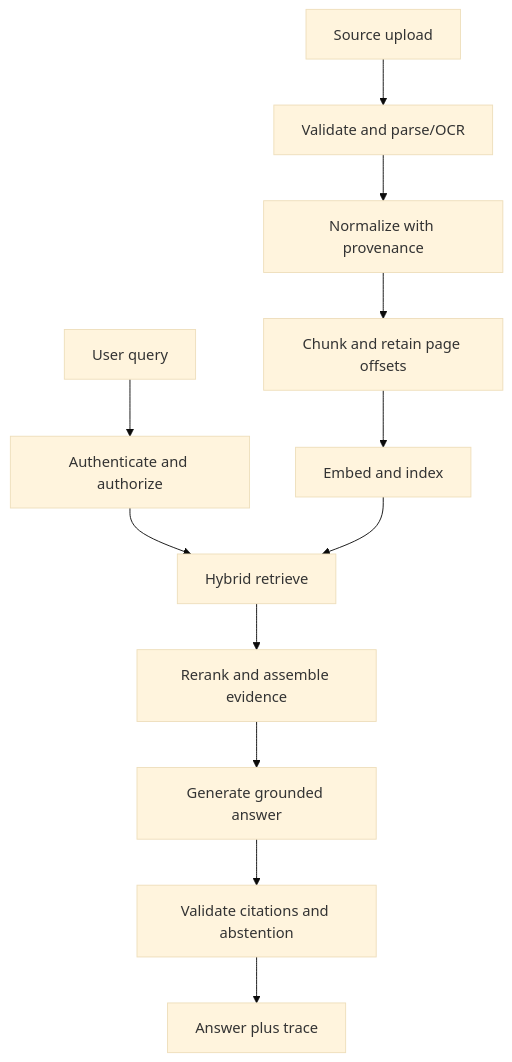
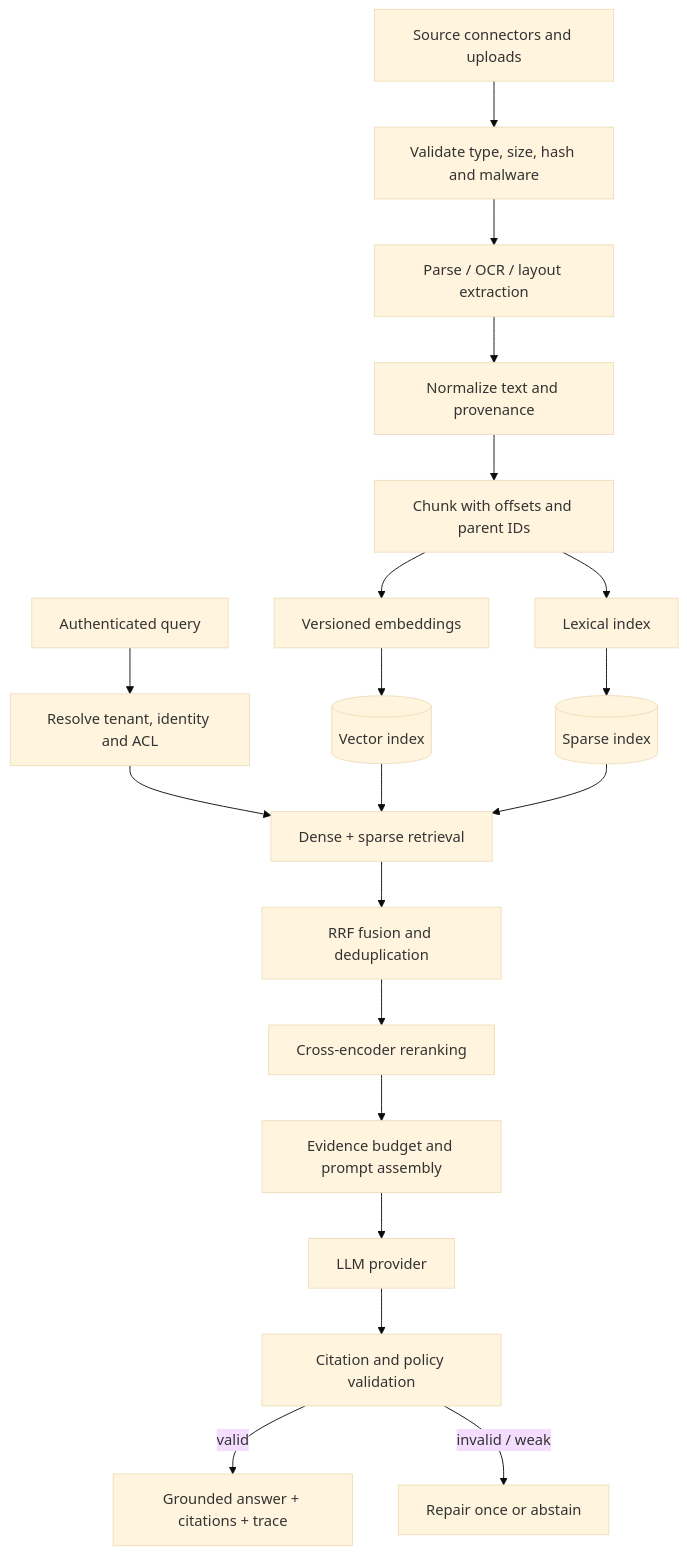
One commit to ashvins1912/AI-Engineering-Academy changed the diagram in docs/deep-dives/05-rag-visual-rag-knowledge-systems.md. Above: the diagram before and after it, drawn with Mermaid (base theme). The commit also changed other lines of this file, not shown here.

````diff
--- a/docs/deep-dives/05-rag-visual-rag-knowledge-systems.md
+++ b/docs/deep-dives/05-rag-visual-rag-knowledge-systems.md
@@ -63,14 +13,22 @@
 ```mermaid
 flowchart TD
-  A[Source upload] --> B[Validate and parse/OCR]
-  B --> C[Normalize with provenance]
-  C --> D[Chunk and retain page offsets]
-  D --> E[Embed and index]
-  F[User query] --> G[Authenticate and authorize]
-  G --> H[Hybrid retrieve]
-  E --> H
-  H --> I[Rerank and assemble evidence]
-  I --> J[Generate grounded answer]
-  J --> K[Validate citations and abstention]
-  K --> L[Answer plus trace]
+ U[Source connectors and uploads] --> V[Validate type, size, hash and malware]
+ V --> P[Parse / OCR / layout extraction]
+ P --> N[Normalize text and provenance]
+ N --> C[Chunk with offsets and parent IDs]
+ C --> E[Versioned embeddings]
+ C --> L[Lexical index]
+ E --> D[(Vector index)]
+ L --> S[(Sparse index)]
+ Q[Authenticated query] --> A[Resolve tenant, identity and ACL]
+ A --> R[Dense + sparse retrieval]
+ D --> R
+ S --> R
+ R --> F[RRF fusion and deduplication]
+ F --> X[Cross-encoder reranking]
+ X --> B[Evidence budget and prompt assembly]
+ B --> G[LLM provider]
+ G --> J[Citation and policy validation]
+ J -->|valid| O[Grounded answer + citations + trace]
+ J -->|invalid / weak| H[Repair once or abstain]
 ```
````
